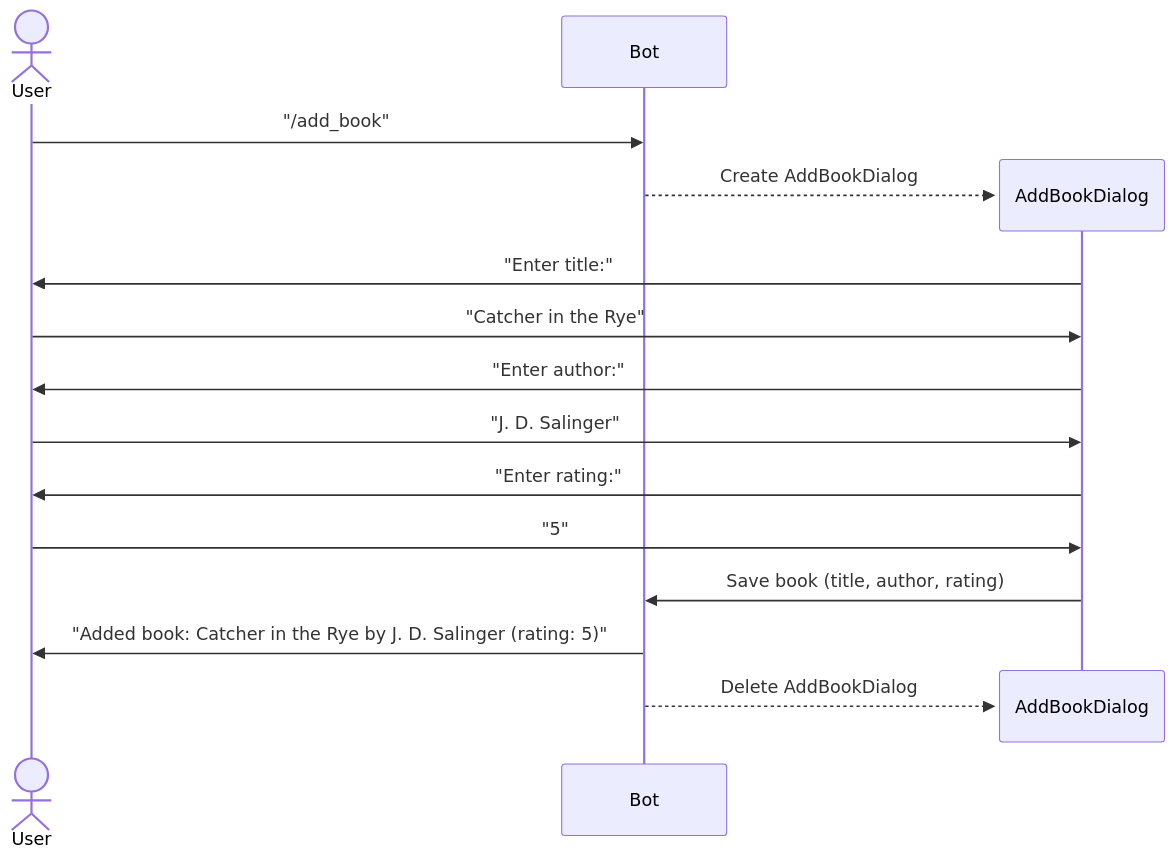
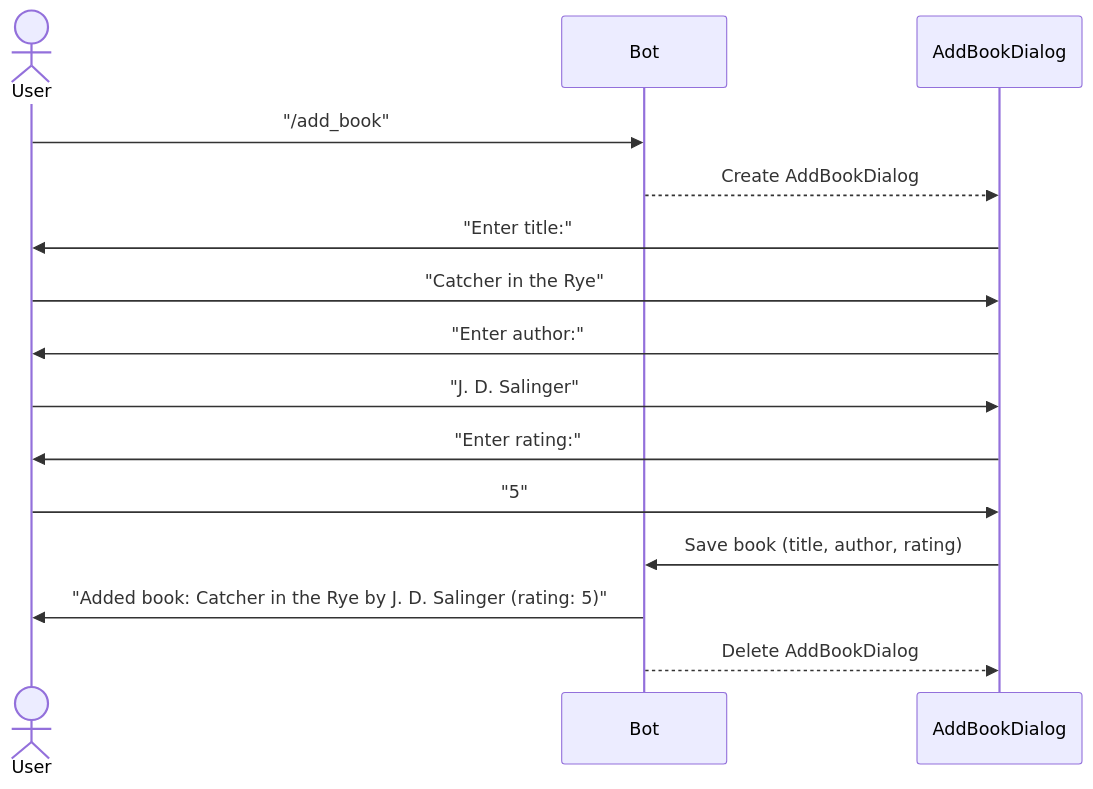
Before and after one commit to johnspade/GolemMediaTrackerBot: the second of 2 diagrams in README.md, drawn with Mermaid.

Commit message:
Fix diagrams

````diff
--- a/README.md
+++ b/README.md
@@ -35,17 +35,15 @@
 ```mermaid
 sequenceDiagram
     actor User
     User ->> Bot: "/add_book"
-    create participant AddBookDialog
     Bot -->> AddBookDialog: Create AddBookDialog
     AddBookDialog ->> User: "Enter title:"
     User ->> AddBookDialog: "Catcher in the Rye"
     AddBookDialog ->> User: "Enter author:"
     User ->> AddBookDialog: "J. D. Salinger"
     AddBookDialog ->> User: "Enter rating:"
     User ->> AddBookDialog: "5"
     AddBookDialog ->> Bot: Save book (title, author, rating)
     Bot ->> User: "Added book: Catcher in the Rye by J. D. Salinger (rating: 5)"
-    destroy AddBookDialog
     Bot -->> AddBookDialog: Delete AddBookDialog
 ```
````
